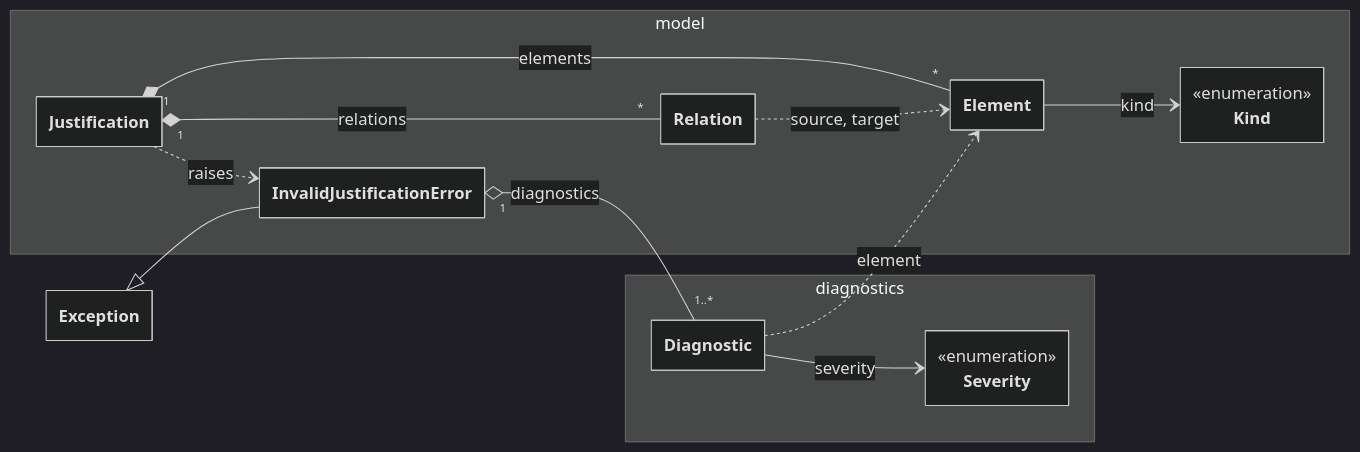
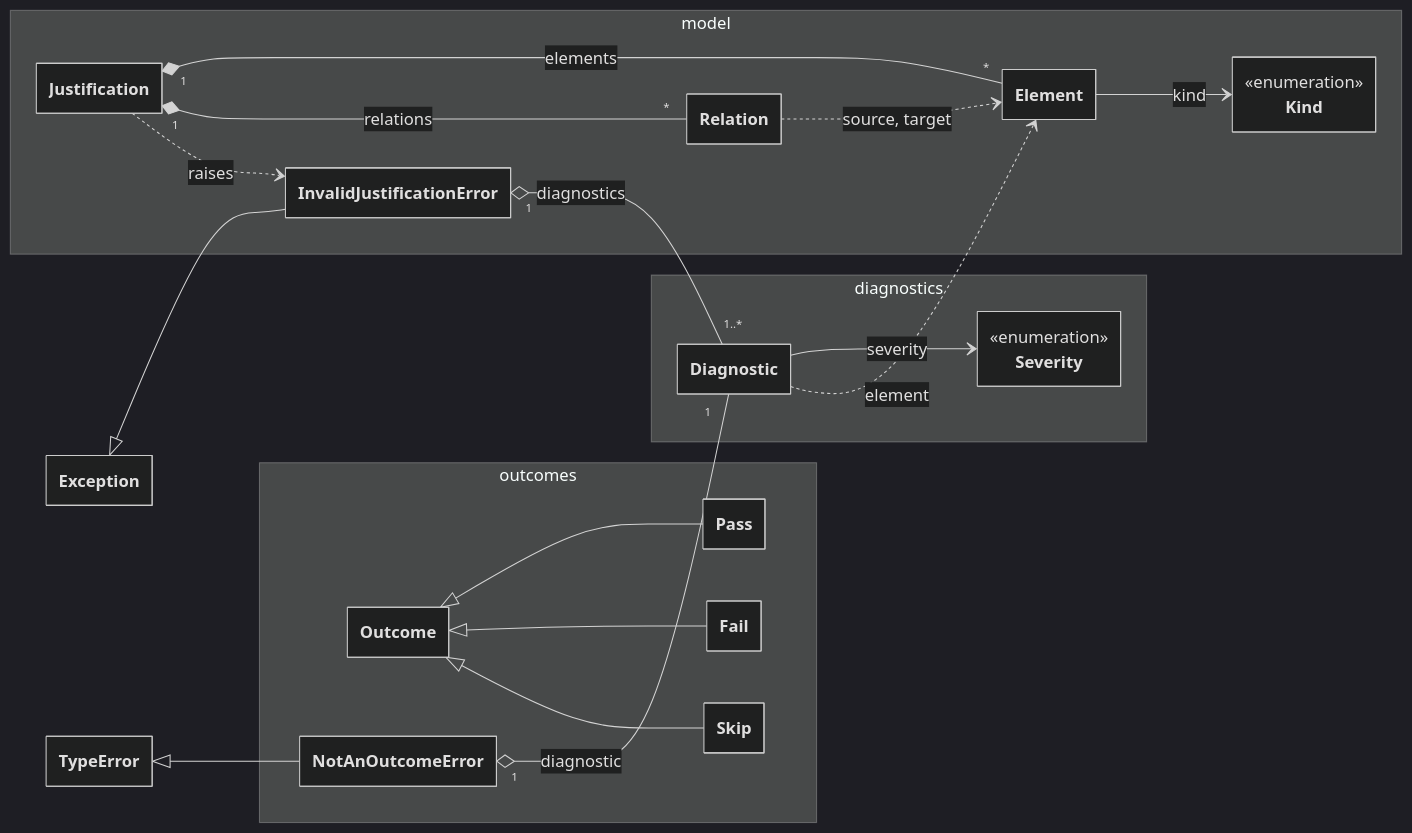
The second of 2 diagrams in docs/design.md (jpipe-mcscert/jpipe-runner), drawn with Mermaid (dark theme) before and after one commit. The commit also changed other lines of this file and 6 other files, not shown here.

First line of the commit message:
feat(outcomes): Pass, Fail and Skip replace the produce callable (ADR-0005)

````diff
--- a/docs/design.md
+++ b/docs/design.md
@@ -31,35 +33,48 @@
 ```mermaid
 ---
 config:
   class:
     hideEmptyMembersBox: true
 ---
 classDiagram
     direction LR
 
     namespace model {
         class Justification
         class Element
         class Relation
         class Kind
         class InvalidJustificationError
+    }
+
+    namespace outcomes {
+        class Outcome
+        class Pass
+        class Fail
+        class Skip
+        class NotAnOutcomeError
     }
 
     namespace diagnostics {
         class Diagnostic
         class Severity
     }
 
     <<enumeration>> Kind
     <<enumeration>> Severity
 
     Justification "1" *-- "*" Element : elements
     Justification "1" *-- "*" Relation : relations
     Relation ..> Element : source, target
     Element --> Kind : kind
     Justification ..> InvalidJustificationError : raises
     Exception <|-- InvalidJustificationError
     InvalidJustificationError "1" o-- "1..*" Diagnostic : diagnostics
     Diagnostic --> Severity : severity
     Diagnostic ..> Element : element
+    Outcome <|-- Pass
+    Outcome <|-- Fail
+    Outcome <|-- Skip
+    TypeError <|-- NotAnOutcomeError
+    NotAnOutcomeError "1" o-- "1" Diagnostic : diagnostic
 ```
````
